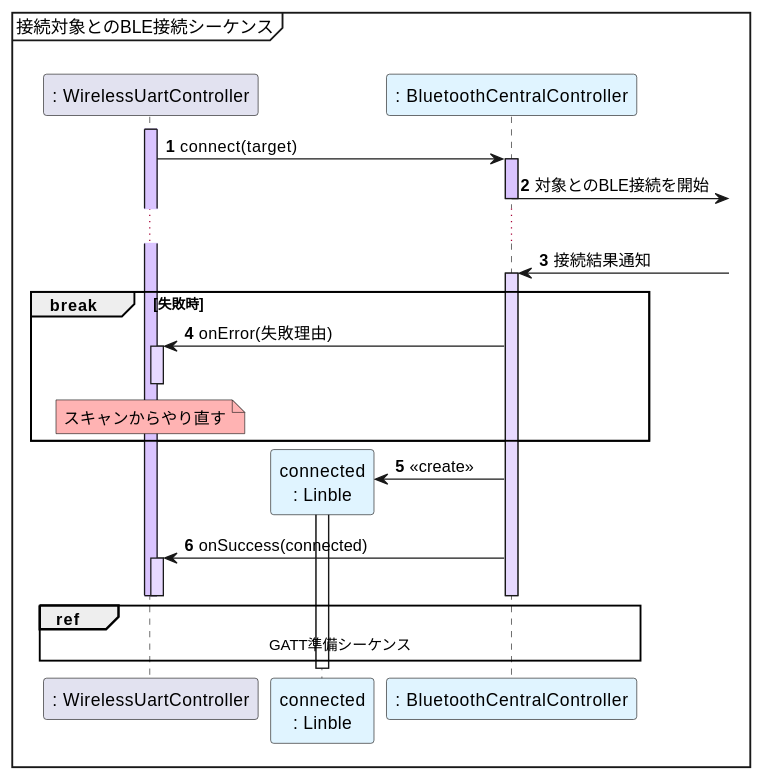
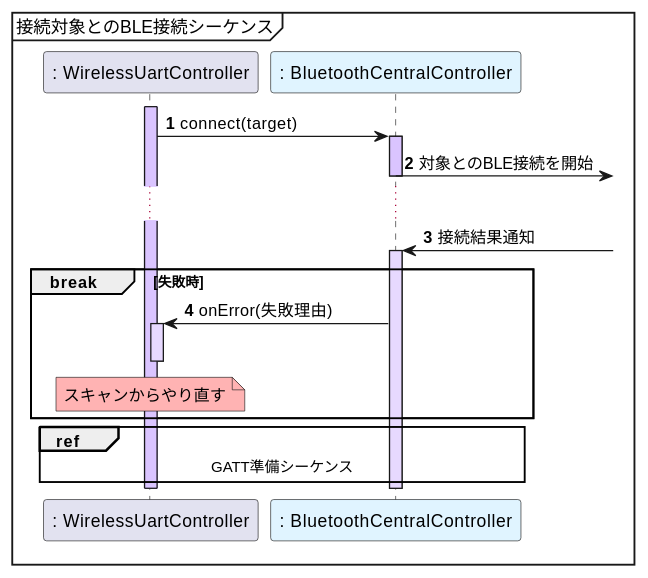
Before and after one commit to musen-connect-inc/linble-sample-wireless-uart: the fifth of 16 diagrams in plantuml.md, drawn with PlantUML. The commit also changed other lines of this file and 29 other files, not shown here.

````diff
--- a/plantuml.md
+++ b/plantuml.md
@@ -163,54 +157,43 @@
 ```plantuml
 @startuml sequence_connection
 
 mainframe 接続対象とのBLE接続シーケンス
 
 participant ": WirelessUartController" as WirelessUartController
-participant "connected\n: Linble" as Linble #e0f4ff
 participant ": BluetoothCentralController" as BluetoothCentralController #e0f4ff
 
 autonumber
 
 activate WirelessUartController #dac4ff
 
 WirelessUartController -> BluetoothCentralController: connect(target)
 activate BluetoothCentralController #dac4ff
 
 BluetoothCentralController ->]: 対象とのBLE接続を開始
 
 deactivate BluetoothCentralController
 
 ...
 
 BluetoothCentralController <-]: 接続結果通知
 activate BluetoothCentralController #e7d9ff
 
 break 失敗時
 
 BluetoothCentralController -> WirelessUartController: onError(失敗理由)
 activate WirelessUartController #e7d9ff
 
 note over WirelessUartController #ffb3b3: スキャンからやり直す
 
 deactivate WirelessUartController
 
 end
 
-create Linble
-BluetoothCentralController -> Linble: <<create>>
-activate Linble
-
-BluetoothCentralController -> WirelessUartController: onSuccess(connected)
-activate WirelessUartController #e7d9ff
-
-ref over WirelessUartController,Linble,BluetoothCentralController: GATT準備シーケンス
-
-deactivate WirelessUartController
-
+ref over WirelessUartController,BluetoothCentralController: GATT準備シーケンス
 
 deactivate WirelessUartController
 
 deactivate BluetoothCentralController
 
 @enduml
 ```
````
